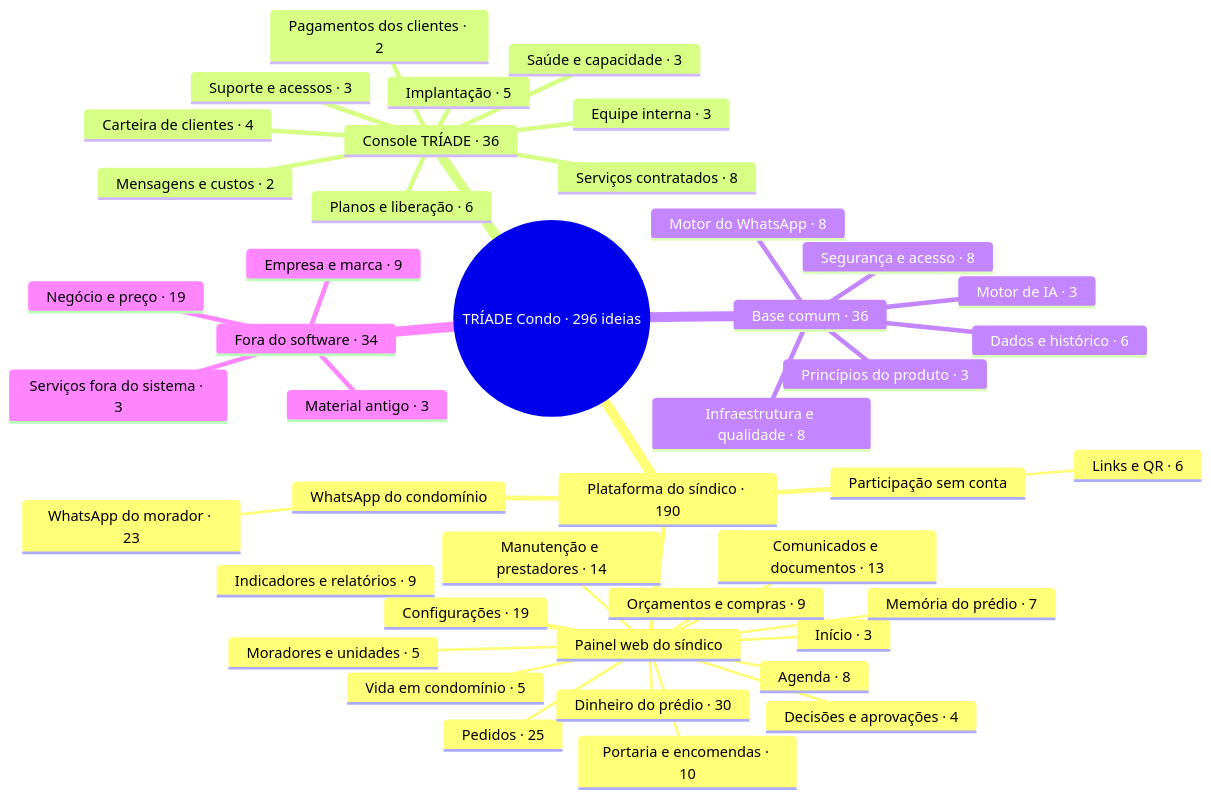
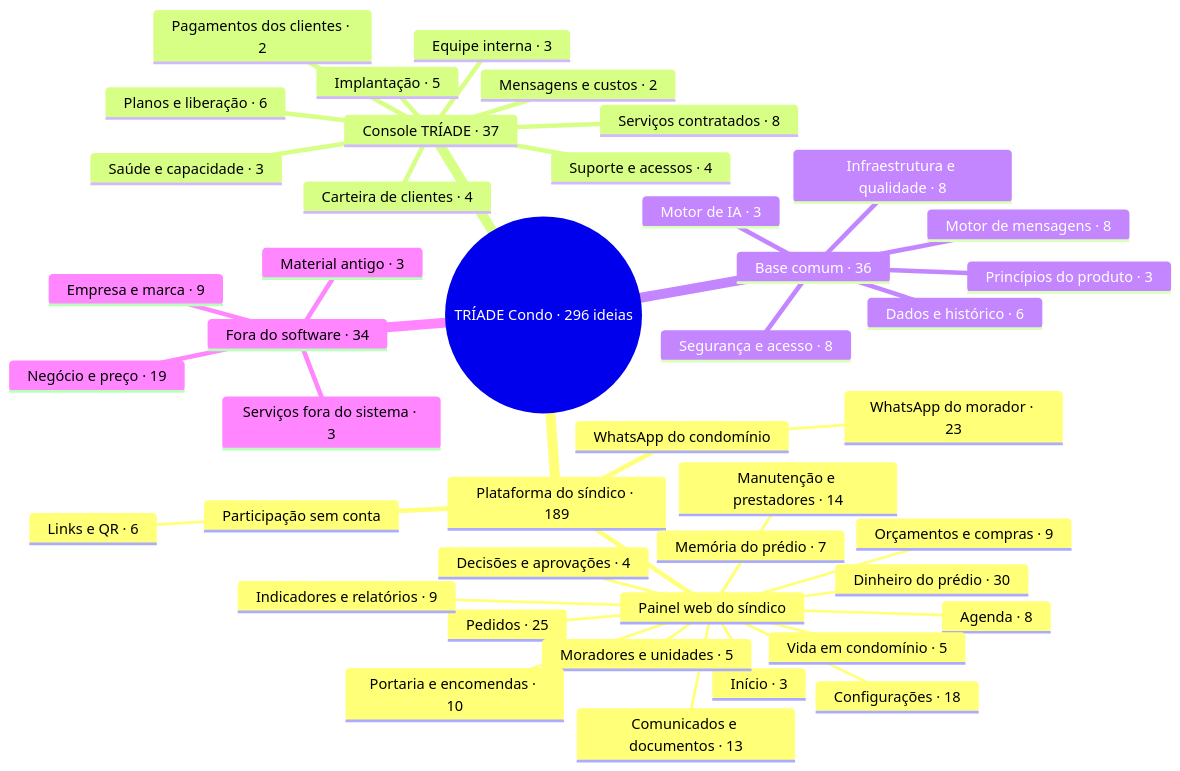
Before and after one commit to triade-prog/triade-condo: the diagram in triade-condo/MAPA.md, drawn with Mermaid. The commit also changed other lines of this file and 1 other file, not shown here.

````diff
--- a/triade-condo/MAPA.md
+++ b/triade-condo/MAPA.md
@@ -20,46 +20,46 @@
 ```mermaid
 mindmap
   root((TRÍADE Condo · 296 ideias))
-    Plataforma do síndico · 190
+    Plataforma do síndico · 189
       Painel web do síndico
         Início · 3
         Pedidos · 25
         Decisões e aprovações · 4
         Moradores e unidades · 5
         Comunicados e documentos · 13
         Manutenção e prestadores · 14
         Agenda · 8
         Orçamentos e compras · 9
         Dinheiro do prédio · 30
         Portaria e encomendas · 10
         Vida em condomínio · 5
         Indicadores e relatórios · 9
         Memória do prédio · 7
-        Configurações · 19
+        Configurações · 18
       WhatsApp do condomínio
         WhatsApp do morador · 23
       Participação sem conta
         Links e QR · 6
-    Console TRÍADE · 36
+    Console TRÍADE · 37
       Carteira de clientes · 4
       Implantação · 5
       Planos e liberação · 6
       Pagamentos dos clientes · 2
-      Suporte e acessos · 3
+      Suporte e acessos · 4
       Serviços contratados · 8
       Equipe interna · 3
       Saúde e capacidade · 3
       Mensagens e custos · 2
     Base comum · 36
       Segurança e acesso · 8
       Dados e histórico · 6
-      Motor do WhatsApp · 8
+      Motor de mensagens · 8
       Infraestrutura e qualidade · 8
       Princípios do produto · 3
       Motor de IA · 3
     Fora do software · 34
       Serviços fora do sistema · 3
       Negócio e preço · 19
       Empresa e marca · 9
       Material antigo · 3
 ```
````
